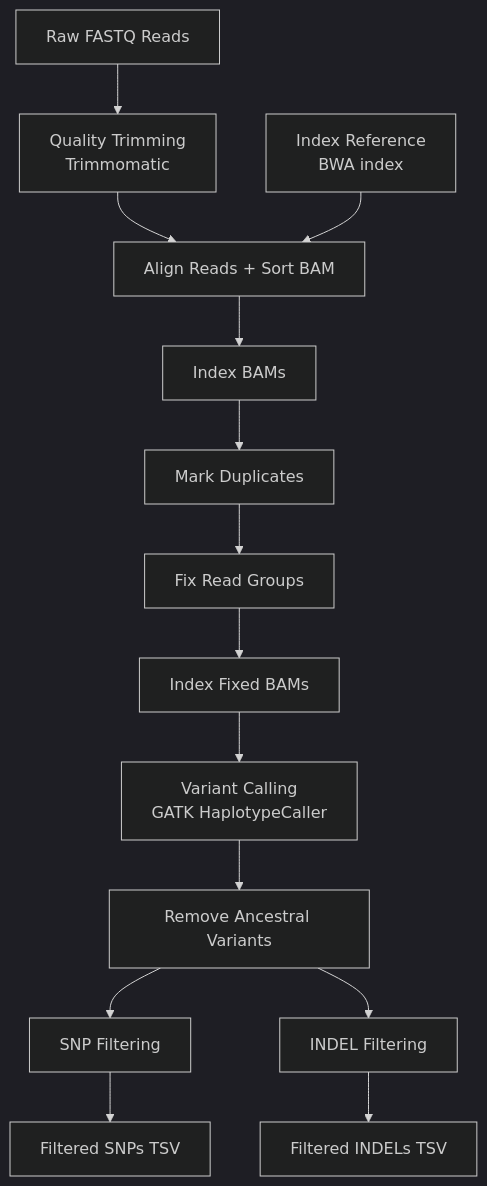
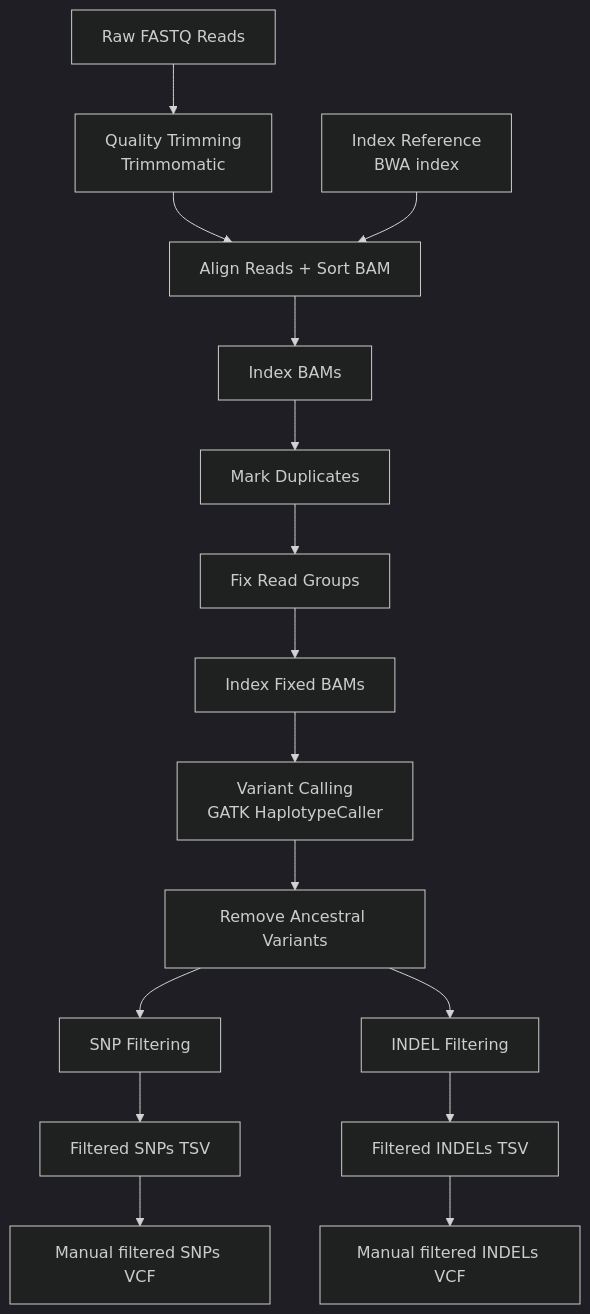
Before and after one commit to dtlac/Genomic-analysis-pipelines: the diagram in Genome-analysis.md, drawn with Mermaid (dark theme). The commit also changed other lines of this file, not shown here.

````diff
--- a/Genome-analysis.md
+++ b/Genome-analysis.md
@@ -32,27 +32,30 @@
 ```mermaid
 flowchart TD
 
 A[Raw FASTQ Reads]
 
 A --> B[Quality Trimming<br/>Trimmomatic]
 
 R[Index Reference<br/>BWA index]
 
 B --> C[Align Reads + Sort BAM]
 R --> C
 
 C --> D[Index BAMs]
 D --> E[Mark Duplicates]
 E --> F[Fix Read Groups]
 F --> G[Index Fixed BAMs]
 
 G --> H[Variant Calling<br/>GATK HaplotypeCaller]
 
 H --> I[Remove Ancestral Variants]
 
 I --> J[SNP Filtering]
 I --> K[INDEL Filtering]
 
 J --> L[Filtered SNPs TSV]
 K --> M[Filtered INDELs TSV]
+
+L --> N[Manual filtered SNPs VCF]
+M --> O[Manual filtered INDELs VCF]
 ```
````
